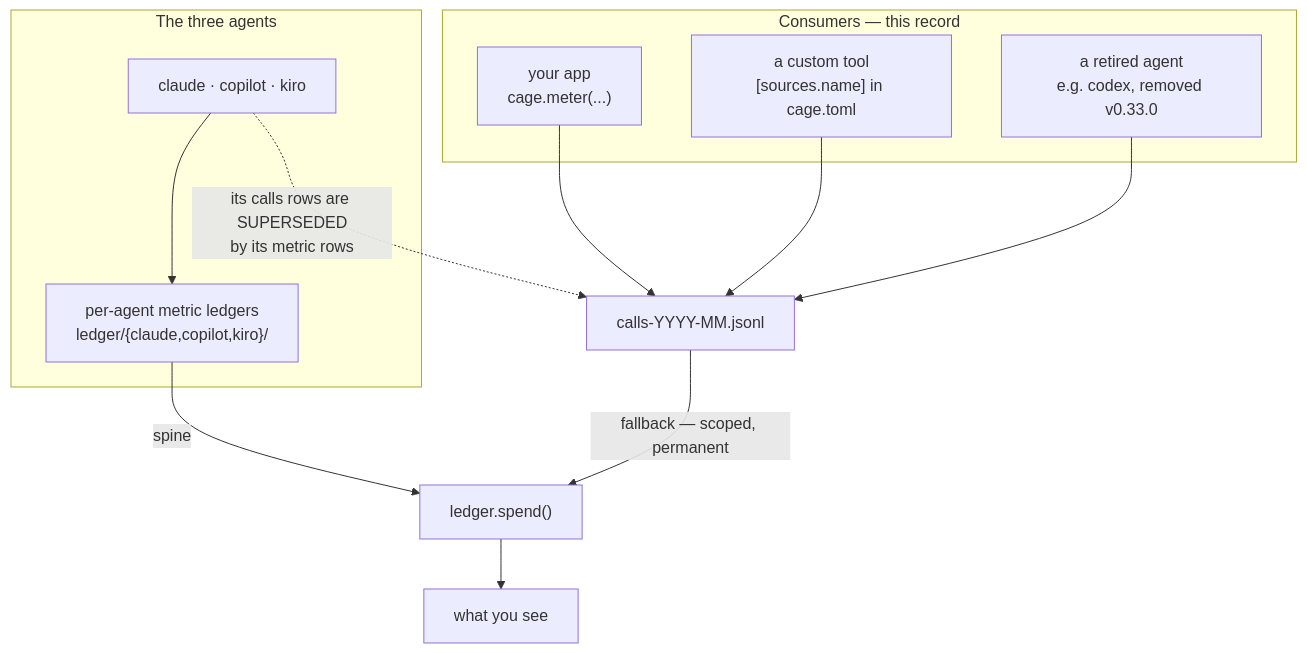
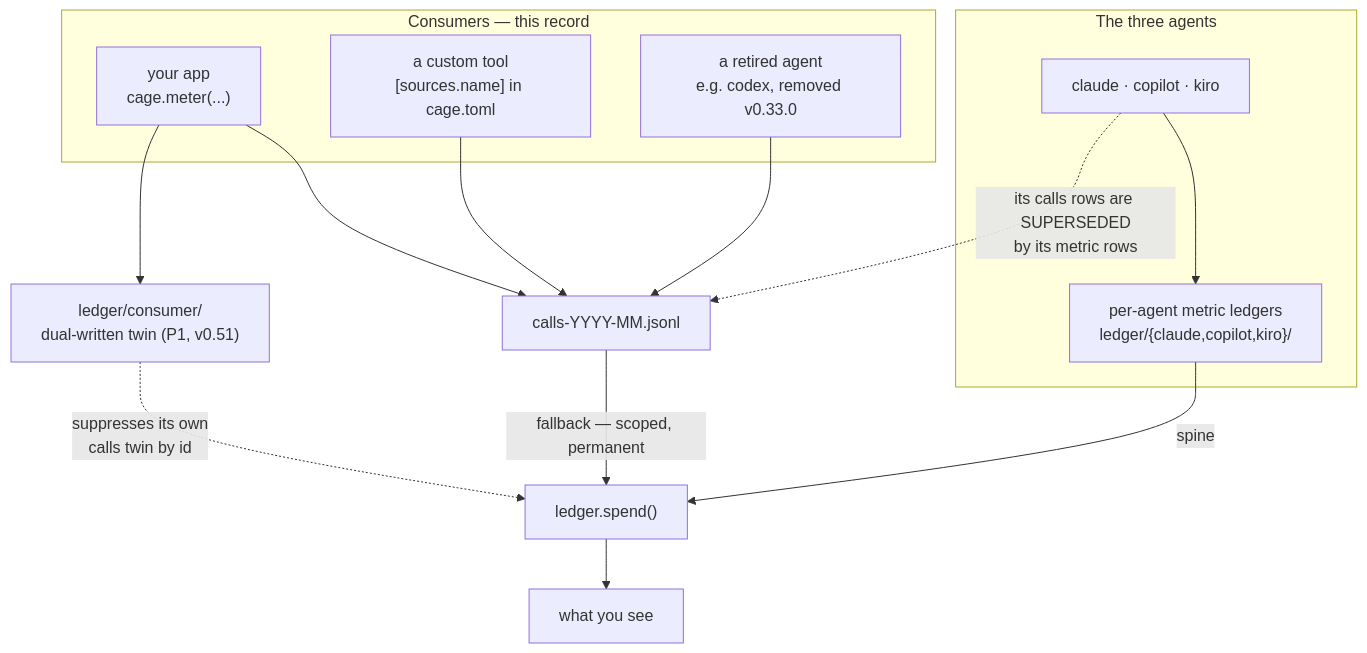
The diagram in docs/adr/0006_consumer.md (arpitarya/cage), drawn with Mermaid before and after one commit. The commit also changed other lines of this file and 99 other files, not shown here.

````diff
--- a/docs/adr/0006_consumer.md
+++ b/docs/adr/0006_consumer.md
@@ -38,18 +38,20 @@
 ```mermaid
 flowchart TD
     subgraph agents["The three agents"]
         A["claude · copilot · kiro"] --> M["per-agent metric ledgers<br/>ledger/{claude,copilot,kiro}/"]
     end
     subgraph cons["Consumers — this record"]
         L["your app<br/>cage.meter(...)"]
         C["a custom tool<br/>[sources.name] in cage.toml"]
         R["a retired agent<br/>e.g. codex, removed v0.33.0"]
     end
     L --> CA["calls-YYYY-MM.jsonl"]
+    L --> LC["ledger/consumer/<br/>dual-written twin (P1, v0.51)"]
     C --> CA
     R --> CA
     M -->|"spine"| SP["ledger.spend()"]
     CA -->|"fallback — scoped, permanent"| SP
+    LC -.->|"suppresses its own<br/>calls twin by id"| SP
     A -.->|"its calls rows are SUPERSEDED<br/>by its metric rows"| CA
     SP --> V["what you see"]
 ```
````
